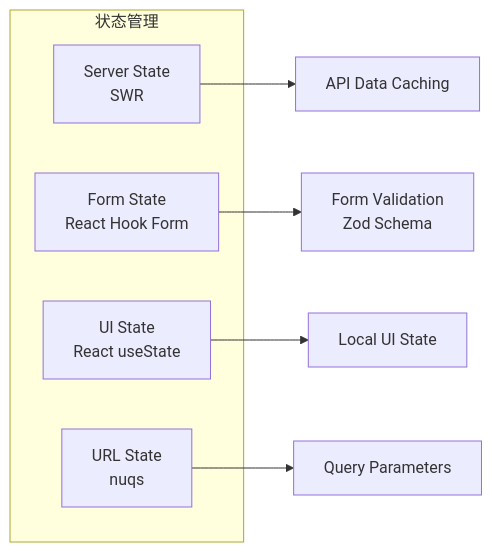
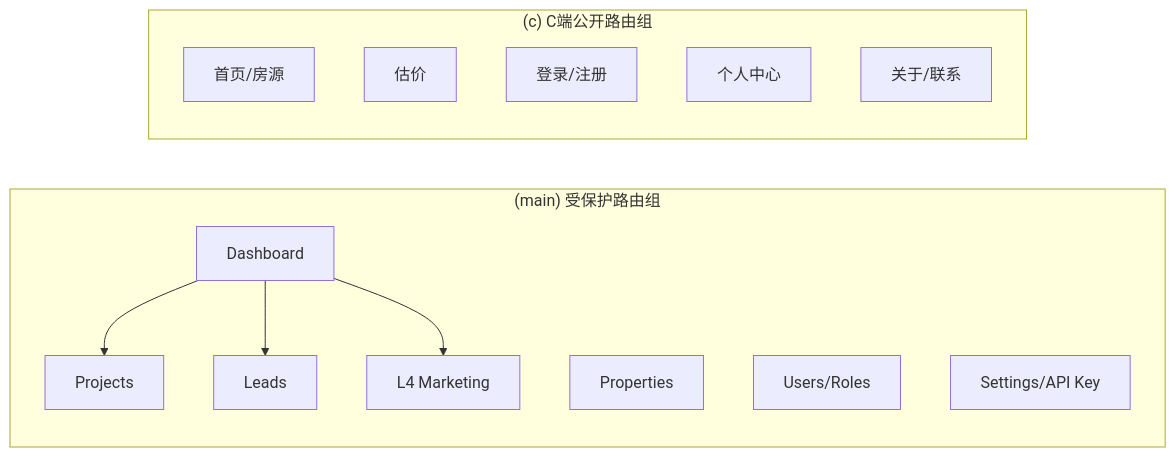
One commit to kakaoxy/profo changed the third of 8 diagrams in README.md. Above: the diagram before and after it, drawn with Mermaid. The commit also changed other lines of this file, not shown here.

````diff
--- a/README.md
+++ b/README.md
@@ -233,14 +162,22 @@
 ```mermaid
 graph LR
-    subgraph "状态管理"
-        A[Server State<br/>SWR]
-        B[Form State<br/>React Hook Form]
-        C[UI State<br/>React useState]
-        D[URL State<br/>nuqs]
+    subgraph "(main) 受保护路由组"
+        M1[Dashboard]
+        M2[Projects]
+        M3[Leads]
+        M4[L4 Marketing]
+        M5[Properties]
+        M6[Users/Roles]
+        M7[Settings/API Key]
     end
-
-    A --> E[API Data Caching]
-    B --> F[Form Validation<br/>Zod Schema]
-    C --> G[Local UI State]
-    D --> H[Query Parameters]
+    subgraph "(c) C端公开路由组"
+        C1[首页/房源]
+        C2[估价]
+        C3[登录/注册]
+        C4[个人中心]
+        C5[关于/联系]
+    end
+    M1 --> M2
+    M1 --> M3
+    M1 --> M4
 ```
````
